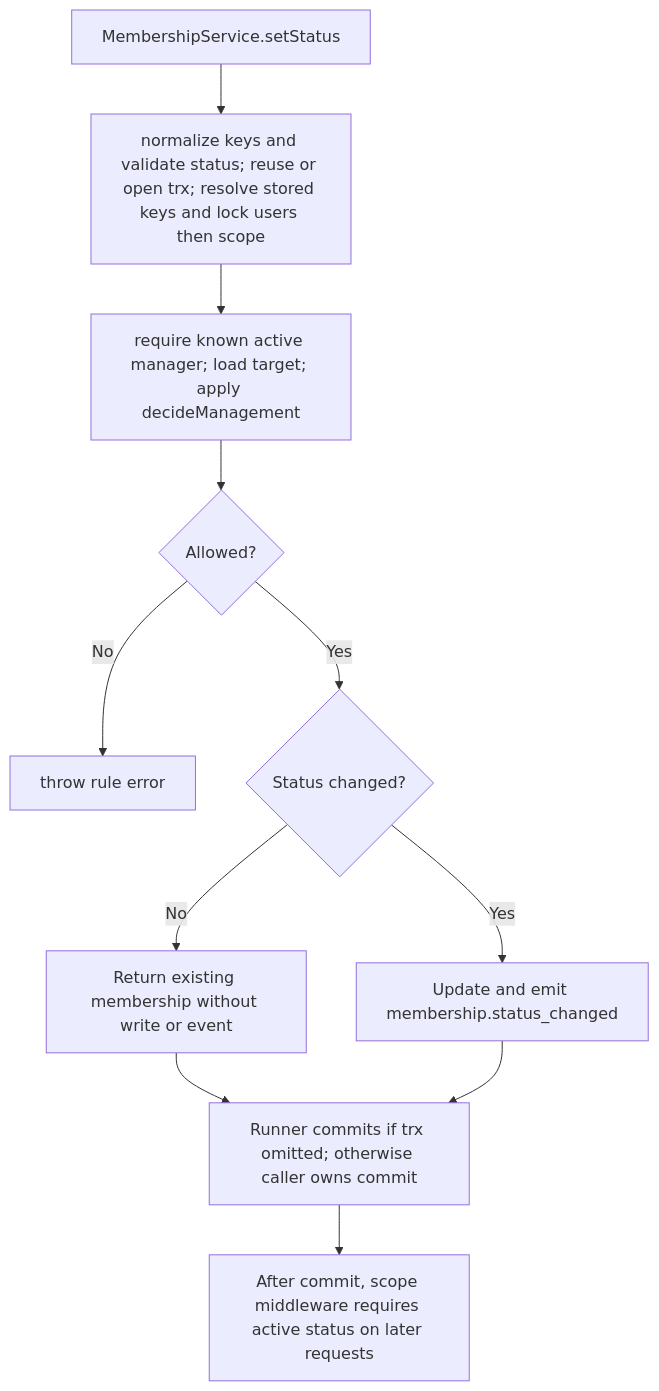
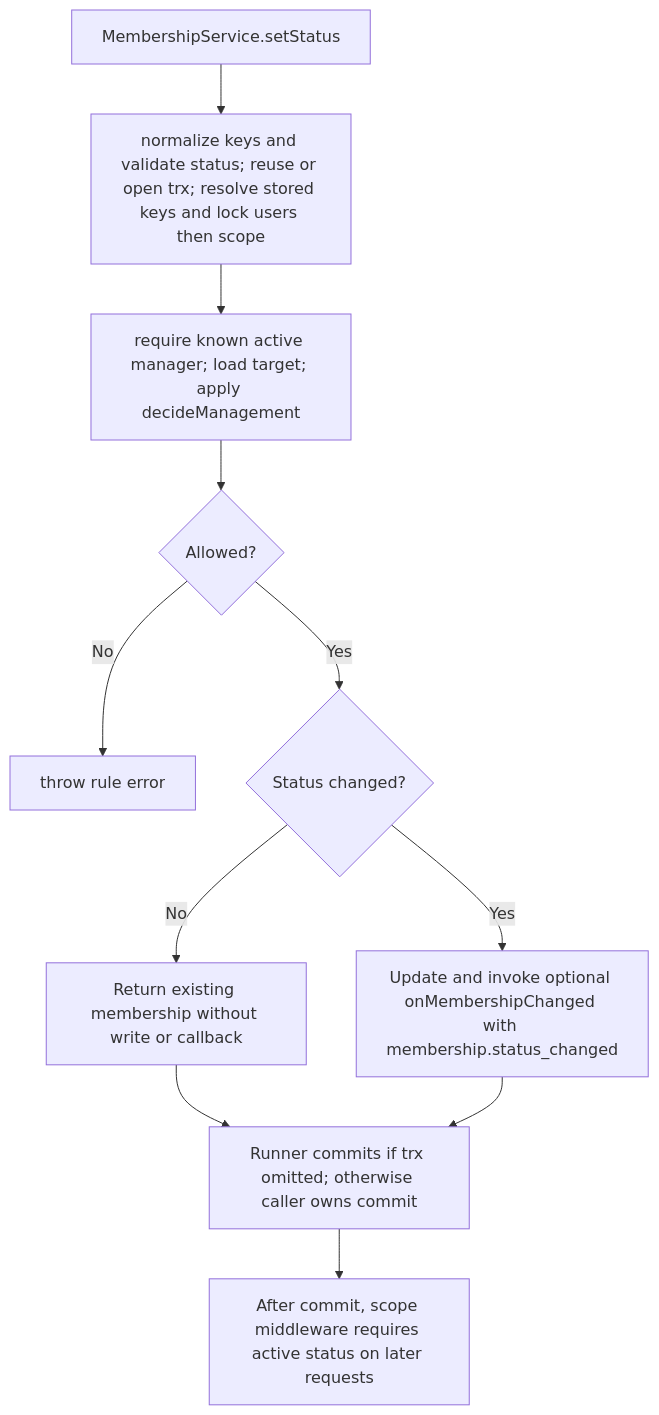
Before and after one commit to Kevinjohn/oss-adonisjs-access-control: the second of 2 diagrams in user-stories/US-ACCESS-05-change-member-status.md, drawn with Mermaid. The commit also changed other lines of this file and 22 other files, not shown here.

````diff
--- a/user-stories/US-ACCESS-05-change-member-status.md
+++ b/user-stories/US-ACCESS-05-change-member-status.md
@@ -42,13 +42,13 @@
 ```mermaid
 flowchart TD
     A["MembershipService.setStatus"] --> B["normalize keys and validate status; reuse or open trx; resolve stored keys and lock users then scope"]
     B --> C["require known active manager; load target; apply decideManagement"]
     C --> D{"Allowed?"}
     D -->|No| E["throw rule error"]
     D -->|Yes| F{"Status changed?"}
-    F -->|No| H["Return existing membership without write or event"]
-    F -->|Yes| I["Update and emit membership.status_changed"]
+    F -->|No| H["Return existing membership without write or callback"]
+    F -->|Yes| I["Update and invoke optional onMembershipChanged with membership.status_changed"]
     H --> G["Runner commits if trx omitted; otherwise caller owns commit"]
     I --> G
     G --> J["After commit, scope middleware requires active status on later requests"]
 ```
````
